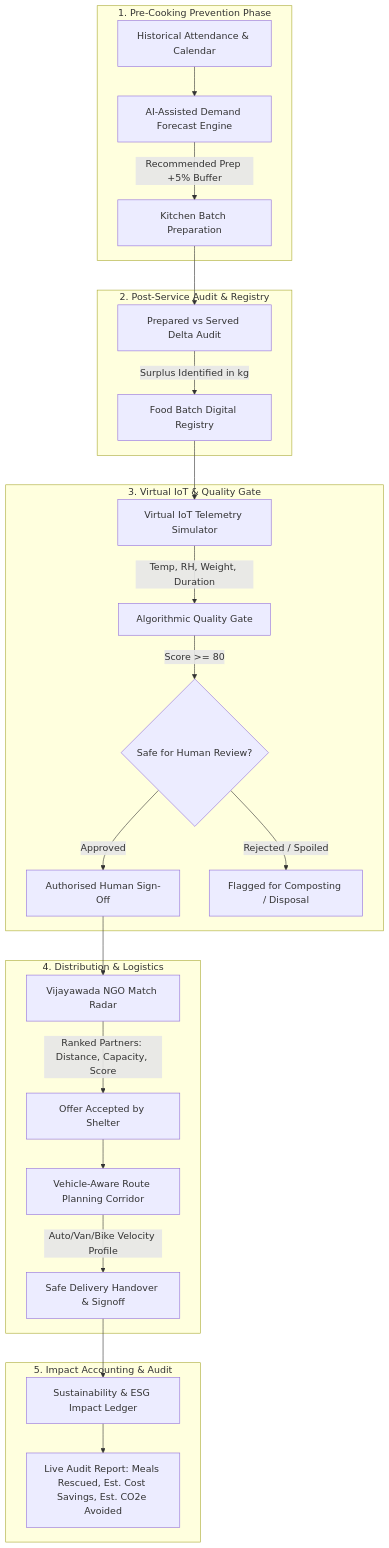
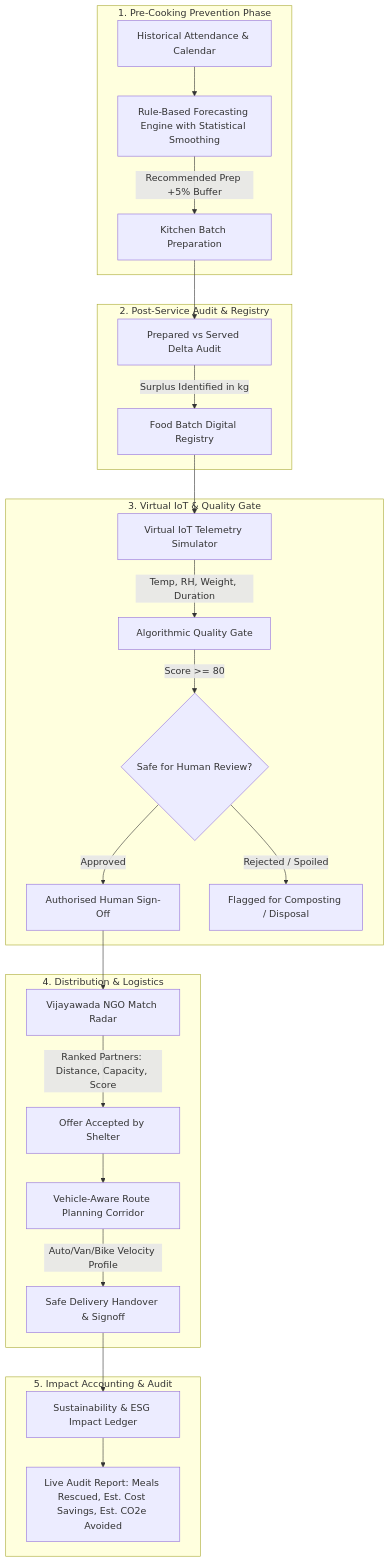
The diagram in README.md (mahammedsathyala/SmartFood-Rescue-AI_SIH_2026), drawn with Mermaid before and after one commit. The commit also changed other lines of this file and 18 other files, not shown here.

First line of the commit message:
feat: enhance architecture, firebase security, iot multi-sensor, and context state

````diff
--- a/README.md
+++ b/README.md
@@ -115,32 +115,32 @@
 ```mermaid
 flowchart TD
     subgraph TIER1[1. Pre-Cooking Prevention Phase]
-        A[Historical Attendance & Calendar] --> B[AI-Assisted Demand Forecast Engine]
+        A[Historical Attendance & Calendar] --> B[Rule-Based Forecasting Engine with Statistical Smoothing]
         B -->|Recommended Prep +5% Buffer| C[Kitchen Batch Preparation]
     end
 
     subgraph TIER2[2. Post-Service Audit & Registry]
         C --> D[Prepared vs Served Delta Audit]
         D -->|Surplus Identified in kg| E[Food Batch Digital Registry]
     end
 
     subgraph TIER3[3. Virtual IoT & Quality Gate]
         E --> F[Virtual IoT Telemetry Simulator]
         F -->|Temp, RH, Weight, Duration| G[Algorithmic Quality Gate]
         G -->|Score >= 80| H{Safe for Human Review?}
         H -->|Approved| I[Authorised Human Sign-Off]
         H -->|Rejected / Spoiled| J[Flagged for Composting / Disposal]
     end
 
     subgraph TIER4[4. Distribution & Logistics]
         I --> K[Vijayawada NGO Match Radar]
         K -->|Ranked Partners: Distance, Capacity, Score| L[Offer Accepted by Shelter]
         L --> M[Vehicle-Aware Route Planning Corridor]
         M -->|Auto/Van/Bike Velocity Profile| N[Safe Delivery Handover & Signoff]
     end
 
     subgraph TIER5[5. Impact Accounting & Audit]
         N --> O[Sustainability & ESG Impact Ledger]
         O --> P[Live Audit Report: Meals Rescued, Est. Cost Savings, Est. CO2e Avoided]
     end
 ```
````
